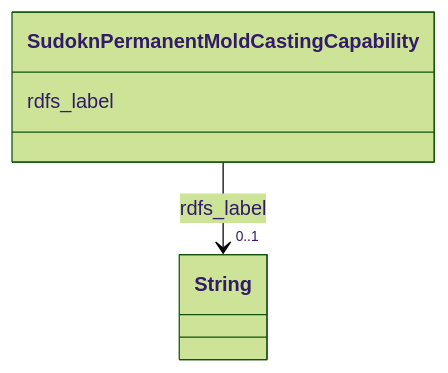
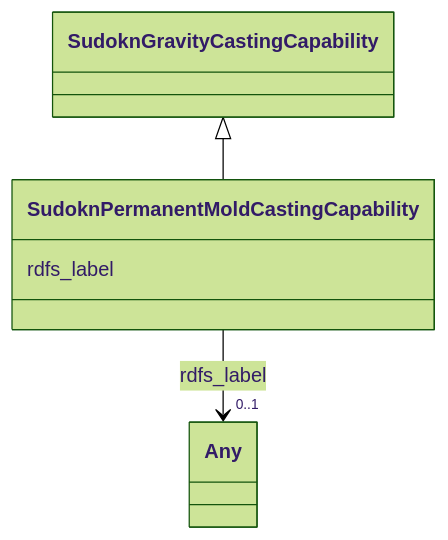
Before and after one commit to frink-okn/graph-descriptions: the diagram in sudokn-kg/classes/SudoknPermanentMoldCastingCapability.md, drawn with Mermaid (forest theme). The commit also changed other lines of this file and 903 other files, not shown here.

````diff
--- a/sudokn-kg/classes/SudoknPermanentMoldCastingCapability.md
+++ b/sudokn-kg/classes/SudoknPermanentMoldCastingCapability.md
@@ -23,15 +18,18 @@
 ```mermaid
  classDiagram
     class SudoknPermanentMoldCastingCapability
     click SudoknPermanentMoldCastingCapability href "../SudoknPermanentMoldCastingCapability"
+      SudoknGravityCastingCapability <|-- SudoknPermanentMoldCastingCapability
+        click SudoknGravityCastingCapability href "../SudoknGravityCastingCapability"
+      
       SudoknPermanentMoldCastingCapability : rdfs_label
         
           
     
     
-    SudoknPermanentMoldCastingCapability --> "0..1" String : rdfs_label
-    click String href "../String"
+    SudoknPermanentMoldCastingCapability --> "0..1" Any : rdfs_label
+    click Any href "../Any"
 
         
       
 ```
````
